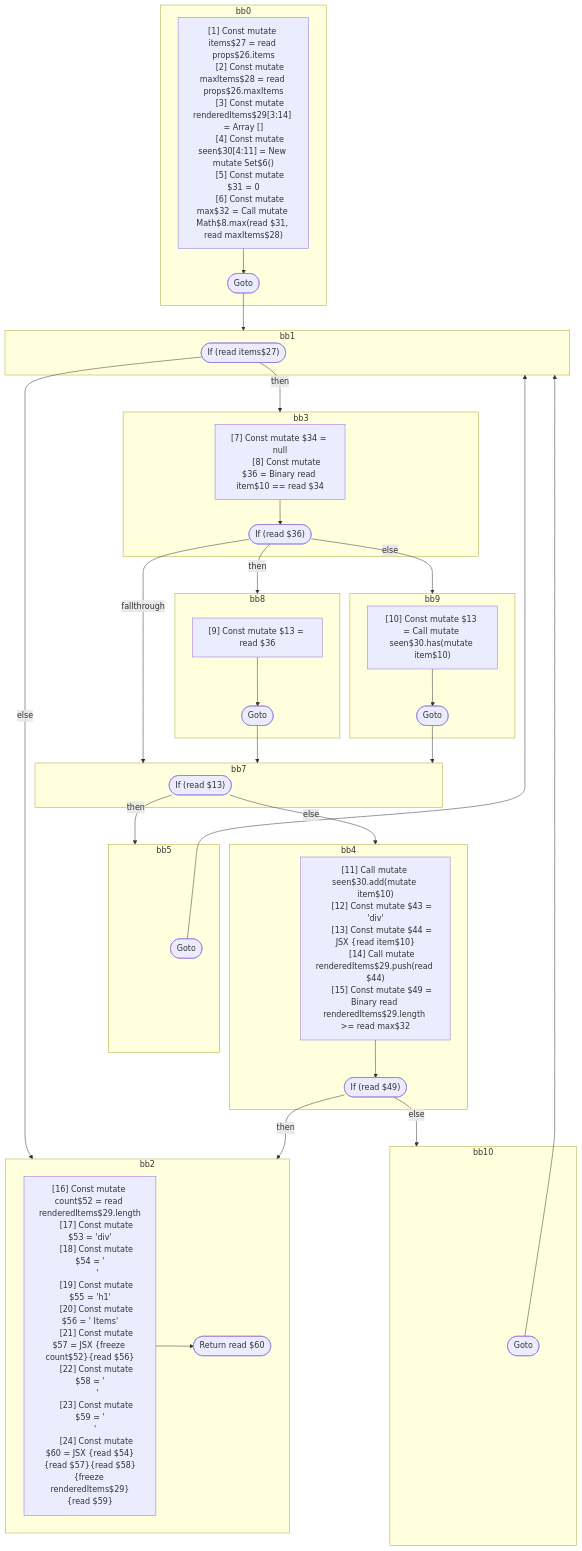
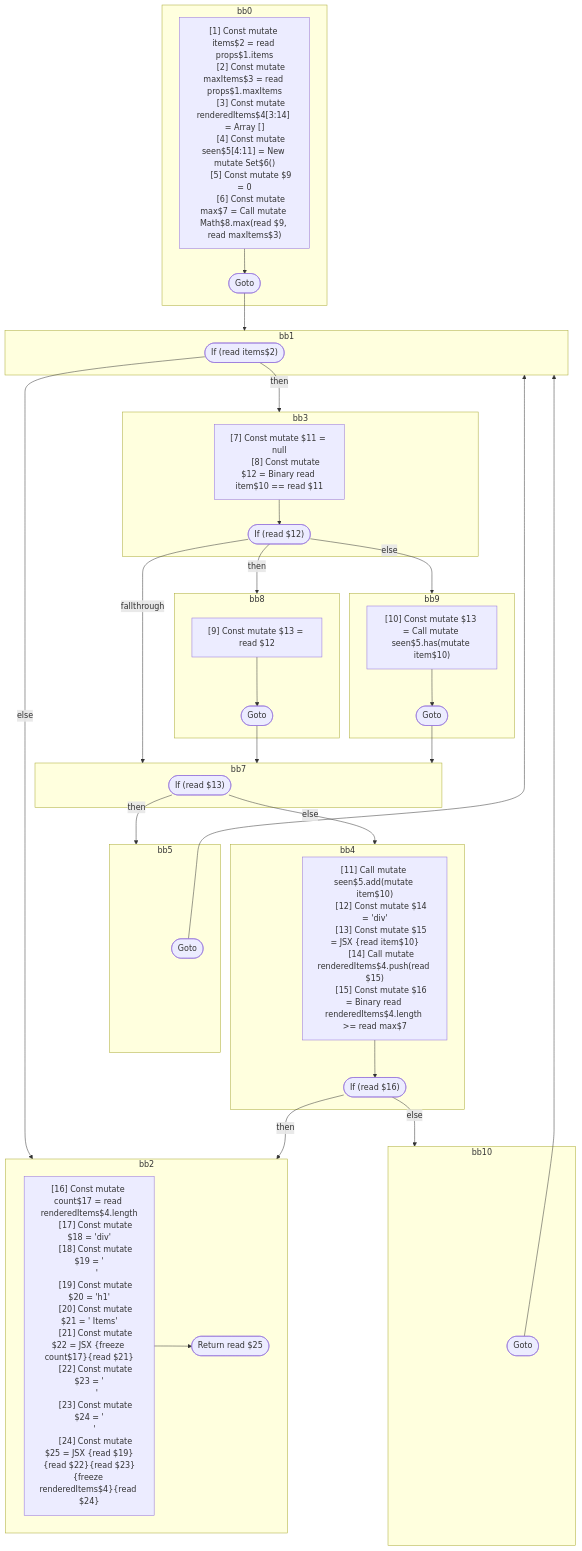
Before and after one commit to wutsmog/private: the diagram in compiler/forget/src/__tests__/fixtures/hir/component.expect.md, drawn with Mermaid. The commit also changed other lines of this file and 57 other files, not shown here.

```diff
--- a/compiler/forget/src/__tests__/fixtures/hir/component.expect.md
+++ b/compiler/forget/src/__tests__/fixtures/hir/component.expect.md
@@ -96,34 +96,34 @@
   %% Basic Blocks
   subgraph bb0
     bb0_instrs["
-      [1] Const mutate items$27 = read props$26.items
-      [2] Const mutate maxItems$28 = read props$26.maxItems
-      [3] Const mutate renderedItems$29[3:14] = Array []
-      [4] Const mutate seen$30[4:11] = New mutate Set$6()
-      [5] Const mutate $31 = 0
-      [6] Const mutate max$32 = Call mutate Math$8.max(read $31, read maxItems$28)
+      [1] Const mutate items$2 = read props$1.items
+      [2] Const mutate maxItems$3 = read props$1.maxItems
+      [3] Const mutate renderedItems$4[3:14] = Array []
+      [4] Const mutate seen$5[4:11] = New mutate Set$6()
+      [5] Const mutate $9 = 0
+      [6] Const mutate max$7 = Call mutate Math$8.max(read $9, read maxItems$3)
     "]
     bb0_instrs --> bb0_terminal(["Goto"])
   end
   subgraph bb1
-    bb1_terminal(["If (read items$27)"])
+    bb1_terminal(["If (read items$2)"])
   end
   subgraph bb3
     bb3_instrs["
-      [7] Const mutate $34 = null
-      [8] Const mutate $36 = Binary read item$10 == read $34
+      [7] Const mutate $11 = null
+      [8] Const mutate $12 = Binary read item$10 == read $11
     "]
-    bb3_instrs --> bb3_terminal(["If (read $36)"])
+    bb3_instrs --> bb3_terminal(["If (read $12)"])
   end
   subgraph bb8
     bb8_instrs["
-      [9] Const mutate $13 = read $36
+      [9] Const mutate $13 = read $12
     "]
     bb8_instrs --> bb8_terminal(["Goto"])
   end
   subgraph bb9
     bb9_instrs["
-      [10] Const mutate $13 = Call mutate seen$30.has(mutate item$10)
+      [10] Const mutate $13 = Call mutate seen$5.has(mutate item$10)
     "]
     bb9_instrs --> bb9_terminal(["Goto"])
   end
@@ -135,30 +135,30 @@
   end
   subgraph bb4
     bb4_instrs["
-      [11] Call mutate seen$30.add(mutate item$10)
-      [12] Const mutate $43 = 'div'
-      [13] Const mutate $44 = JSX <read $43>{read item$10}</read $43>
-      [14] Call mutate renderedItems$29.push(read $44)
-      [15] Const mutate $49 = Binary read renderedItems$29.length >= read max$32
+      [11] Call mutate seen$5.add(mutate item$10)
+      [12] Const mutate $14 = 'div'
+      [13] Const mutate $15 = JSX <read $14>{read item$10}</read $14>
+      [14] Call mutate renderedItems$4.push(read $15)
+      [15] Const mutate $16 = Binary read renderedItems$4.length >= read max$7
     "]
-    bb4_instrs --> bb4_terminal(["If (read $49)"])
+    bb4_instrs --> bb4_terminal(["If (read $16)"])
   end
   subgraph bb10
     bb10_terminal(["Goto"])
   end
   subgraph bb2
     bb2_instrs["
-      [16] Const mutate count$52 = read renderedItems$29.length
-      [17] Const mutate $53 = 'div'
-      [18] Const mutate $54 = '\n      '
-      [19] Const mutate $55 = 'h1'
-      [20] Const mutate $56 = ' Items'
-      [21] Const mutate $57 = JSX <read $55>{freeze count$52}{read $56}</read $55>
-      [22] Const mutate $58 = '\n      '
-      [23] Const mutate $59 = '\n    '
-      [24] Const mutate $60 = JSX <read $53>{read $54}{read $57}{read $58}{freeze renderedItems$29}{read $59}</read $53>
+      [16] Const mutate count$17 = read renderedItems$4.length
+      [17] Const mutate $18 = 'div'
+      [18] Const mutate $19 = '\n      '
+      [19] Const mutate $20 = 'h1'
+      [20] Const mutate $21 = ' Items'
+      [21] Const mutate $22 = JSX <read $20>{freeze count$17}{read $21}</read $20>
+      [22] Const mutate $23 = '\n      '
+      [23] Const mutate $24 = '\n    '
+      [24] Const mutate $25 = JSX <read $18>{read $19}{read $22}{read $23}{freeze renderedItems$4}{read $24}</read $18>
     "]
-    bb2_instrs --> bb2_terminal(["Return read $60"])
+    bb2_instrs --> bb2_terminal(["Return read $25"])
   end
 
   %% Jumps
```
